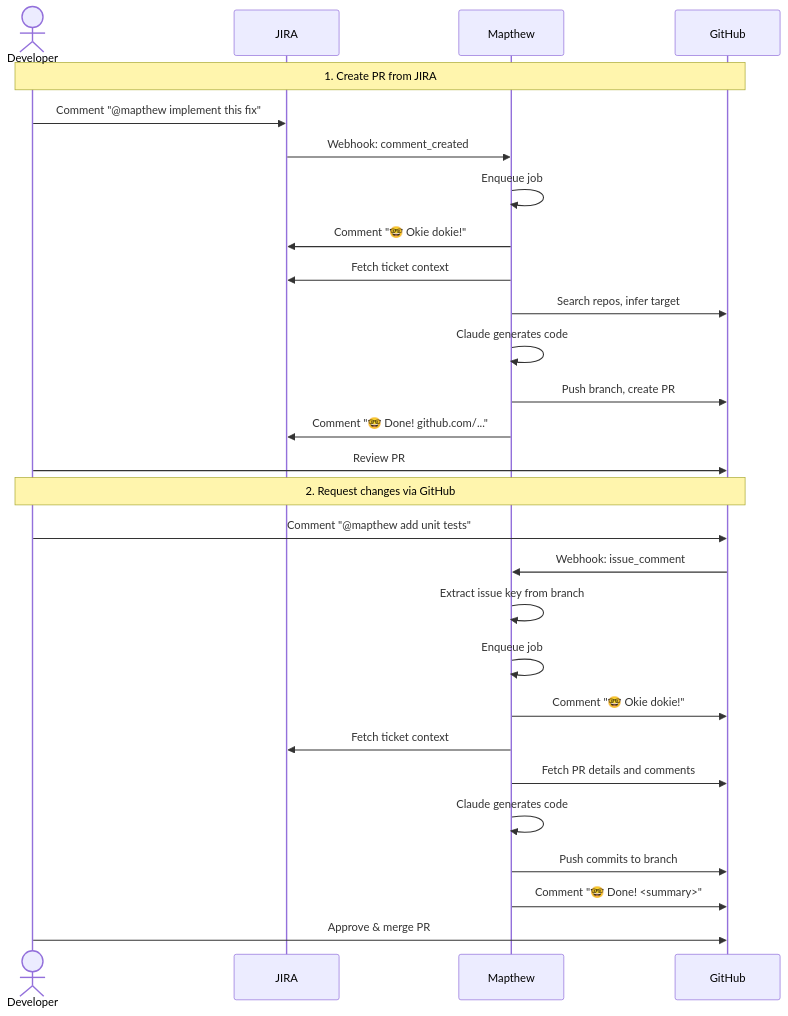
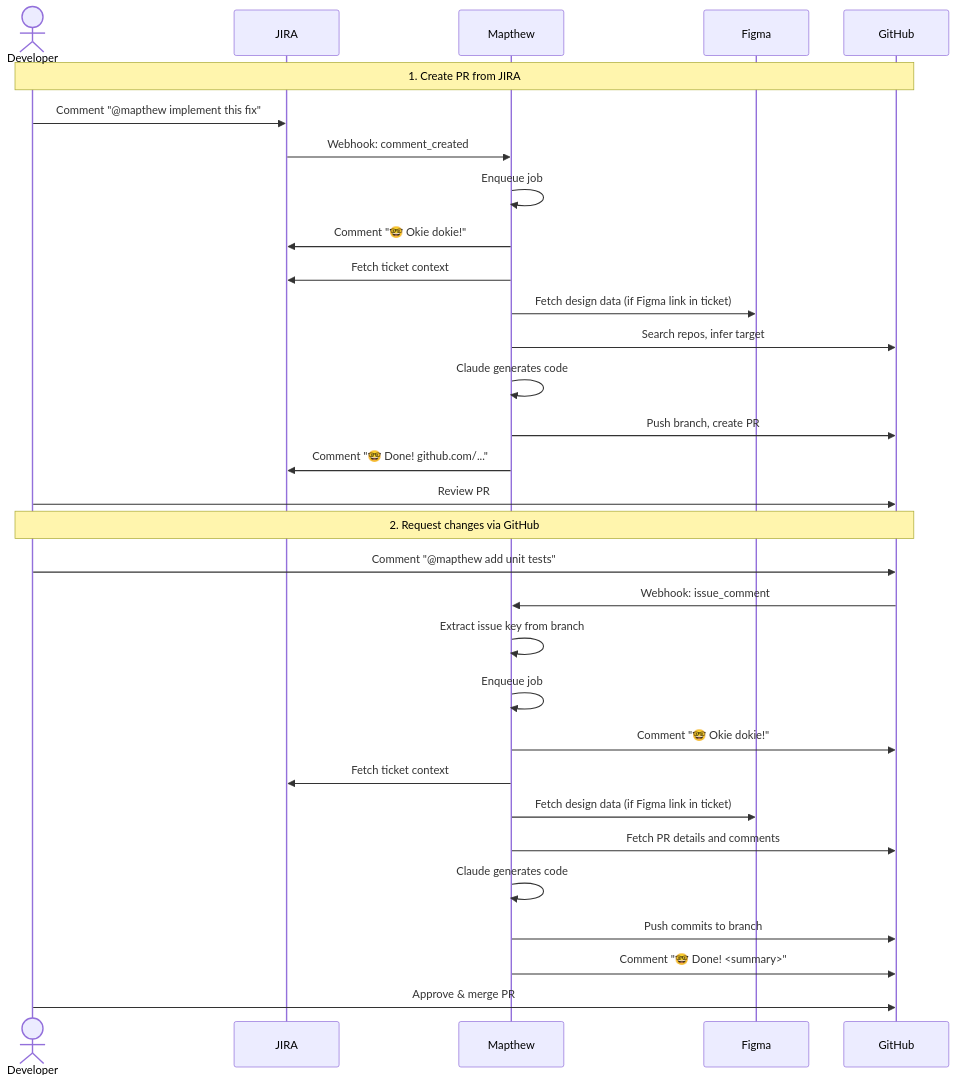
The second of 7 diagrams in docs/architecture.md (mappedin-dev/mapthew), drawn with Mermaid before and after one commit. The commit also changed other lines of this file and 18 other files, not shown here.

````diff
--- a/docs/architecture.md
+++ b/docs/architecture.md
@@ -49,38 +51,41 @@
 ```mermaid
 sequenceDiagram
     actor Dev as Developer
     participant JIRA
     participant System as Mapthew
+    participant Figma
     participant GH as GitHub
 
     Note over Dev,GH: 1. Create PR from JIRA
 
     Dev->>JIRA: Comment "@mapthew implement this fix"
     JIRA->>System: Webhook: comment_created
     System->>System: Enqueue job
     System->>JIRA: Comment "🤓 Okie dokie!"
 
     System->>JIRA: Fetch ticket context
+    System->>Figma: Fetch design data (if Figma link in ticket)
     System->>GH: Search repos, infer target
     System->>System: Claude generates code
     System->>GH: Push branch, create PR
     System->>JIRA: Comment "🤓 Done! github.com/..."
 
     Dev->>GH: Review PR
 
     Note over Dev,GH: 2. Request changes via GitHub
 
     Dev->>GH: Comment "@mapthew add unit tests"
     GH->>System: Webhook: issue_comment
     System->>System: Extract issue key from branch
     System->>System: Enqueue job
     System->>GH: Comment "🤓 Okie dokie!"
 
     System->>JIRA: Fetch ticket context
+    System->>Figma: Fetch design data (if Figma link in ticket)
     System->>GH: Fetch PR details and comments
     System->>System: Claude generates code
     System->>GH: Push commits to branch
     System->>GH: Comment "🤓 Done! <summary>"
 
     Dev->>GH: Approve & merge PR
 ```
````
